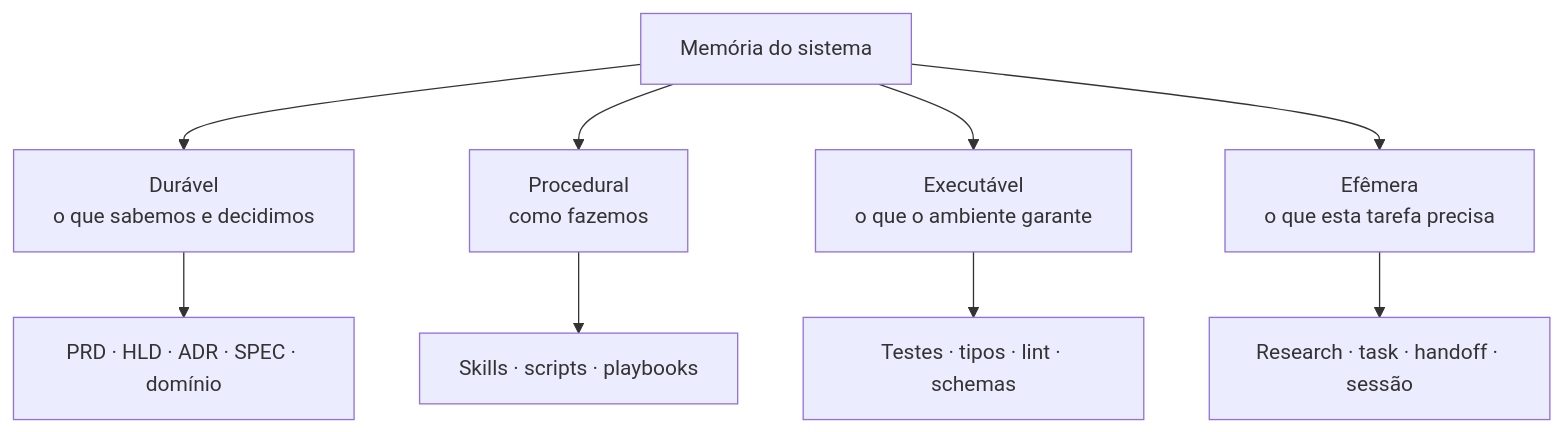
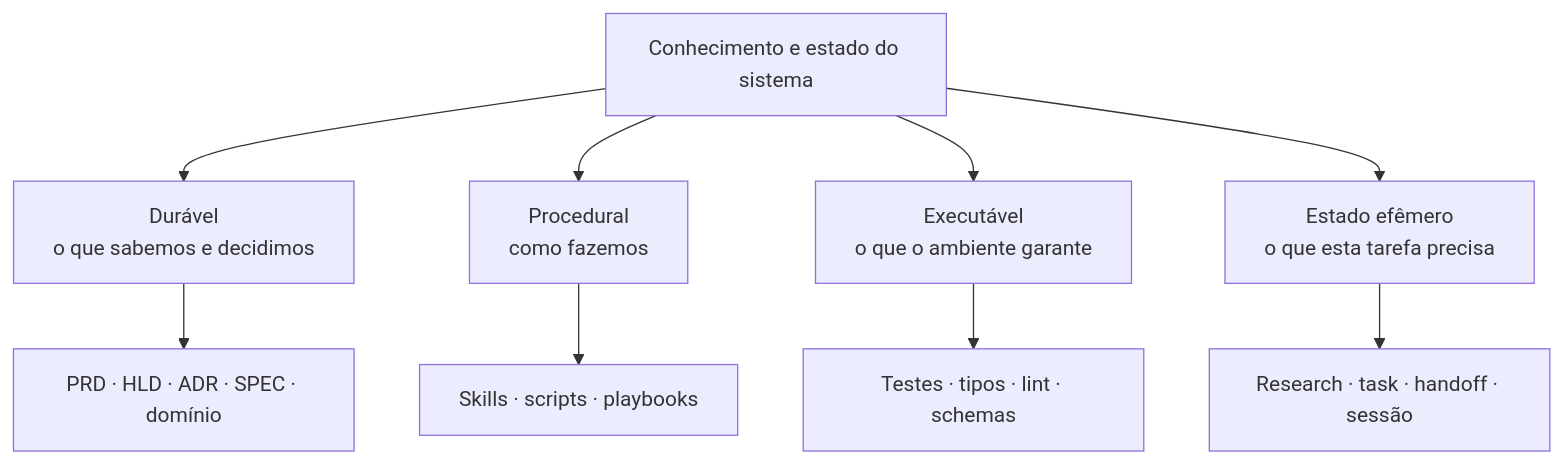
One commit to Erick-Marinho/do-zero-ao-agente changed the first of 3 diagrams in docs/livro/02-memoria.md. Above: the diagram before and after it, drawn with Mermaid. The commit also changed other lines of this file and 13 other files, not shown here.

````diff
--- a/docs/livro/02-memoria.md
+++ b/docs/livro/02-memoria.md
@@ -13,13 +44,13 @@
 ```mermaid
 flowchart TB
-    M[Memória do sistema]
+    M[Conhecimento e estado do sistema]
     M --> D[Durável<br/>o que sabemos e decidimos]
     M --> P[Procedural<br/>como fazemos]
     M --> X[Executável<br/>o que o ambiente garante]
-    M --> E[Efêmera<br/>o que esta tarefa precisa]
+    M --> E[Estado efêmero<br/>o que esta tarefa precisa]
 
     D --> D1[PRD · HLD · ADR · SPEC · domínio]
     P --> P1[Skills · scripts · playbooks]
     X --> X1[Testes · tipos · lint · schemas]
     E --> E1[Research · task · handoff · sessão]
 ```
````
